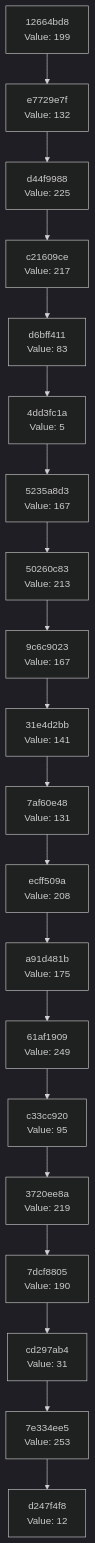
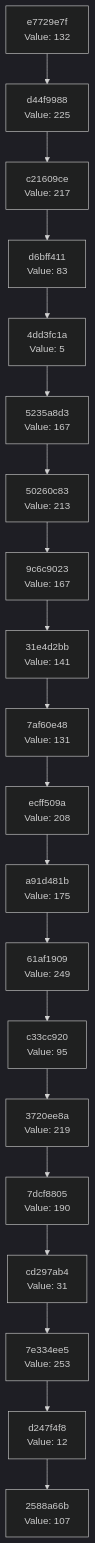
Before and after one commit to Abhisheksinha1506/hash-chain-evolver: the diagram in docs/CHAIN_VISUALIZATION.md, drawn with Mermaid (dark theme). The commit also changed 2 other files, not shown here.

Commit message:
Evolution Step

````diff
--- a/docs/CHAIN_VISUALIZATION.md
+++ b/docs/CHAIN_VISUALIZATION.md
@@ -3,42 +3,42 @@
 ```mermaid
 graph TD
-    C0["d247f4f8<br/>Value: 12"]
-    C1["7e334ee5<br/>Value: 253"]
+    C0["2588a66b<br/>Value: 107"]
+    C1["d247f4f8<br/>Value: 12"]
     C1 --> C0
-    C2["cd297ab4<br/>Value: 31"]
+    C2["7e334ee5<br/>Value: 253"]
     C2 --> C1
-    C3["7dcf8805<br/>Value: 190"]
+    C3["cd297ab4<br/>Value: 31"]
     C3 --> C2
-    C4["3720ee8a<br/>Value: 219"]
+    C4["7dcf8805<br/>Value: 190"]
     C4 --> C3
-    C5["c33cc920<br/>Value: 95"]
+    C5["3720ee8a<br/>Value: 219"]
     C5 --> C4
-    C6["61af1909<br/>Value: 249"]
+    C6["c33cc920<br/>Value: 95"]
     C6 --> C5
-    C7["a91d481b<br/>Value: 175"]
+    C7["61af1909<br/>Value: 249"]
     C7 --> C6
-    C8["ecff509a<br/>Value: 208"]
+    C8["a91d481b<br/>Value: 175"]
     C8 --> C7
-    C9["7af60e48<br/>Value: 131"]
+    C9["ecff509a<br/>Value: 208"]
     C9 --> C8
-    C10["31e4d2bb<br/>Value: 141"]
+    C10["7af60e48<br/>Value: 131"]
     C10 --> C9
-    C11["9c6c9023<br/>Value: 167"]
+    C11["31e4d2bb<br/>Value: 141"]
     C11 --> C10
-    C12["50260c83<br/>Value: 213"]
+    C12["9c6c9023<br/>Value: 167"]
     C12 --> C11
-    C13["5235a8d3<br/>Value: 167"]
+    C13["50260c83<br/>Value: 213"]
     C13 --> C12
-    C14["4dd3fc1a<br/>Value: 5"]
+    C14["5235a8d3<br/>Value: 167"]
     C14 --> C13
-    C15["d6bff411<br/>Value: 83"]
+    C15["4dd3fc1a<br/>Value: 5"]
     C15 --> C14
-    C16["c21609ce<br/>Value: 217"]
+    C16["d6bff411<br/>Value: 83"]
     C16 --> C15
-    C17["d44f9988<br/>Value: 225"]
+    C17["c21609ce<br/>Value: 217"]
     C17 --> C16
-    C18["e7729e7f<br/>Value: 132"]
+    C18["d44f9988<br/>Value: 225"]
     C18 --> C17
-    C19["12664bd8<br/>Value: 199"]
+    C19["e7729e7f<br/>Value: 132"]
     C19 --> C18
 ```
````
